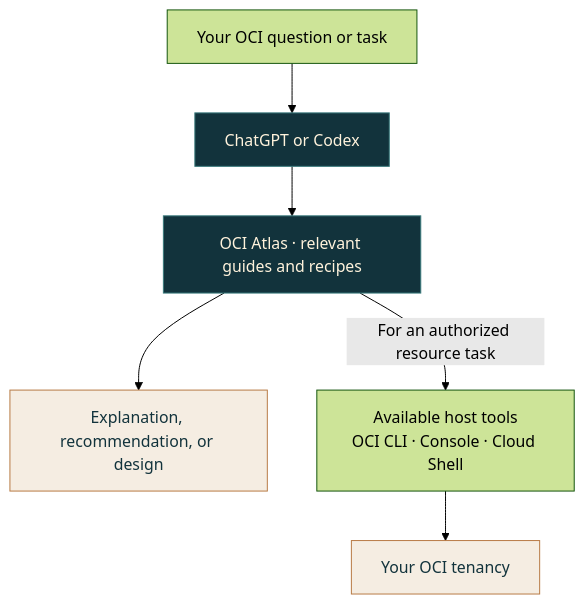
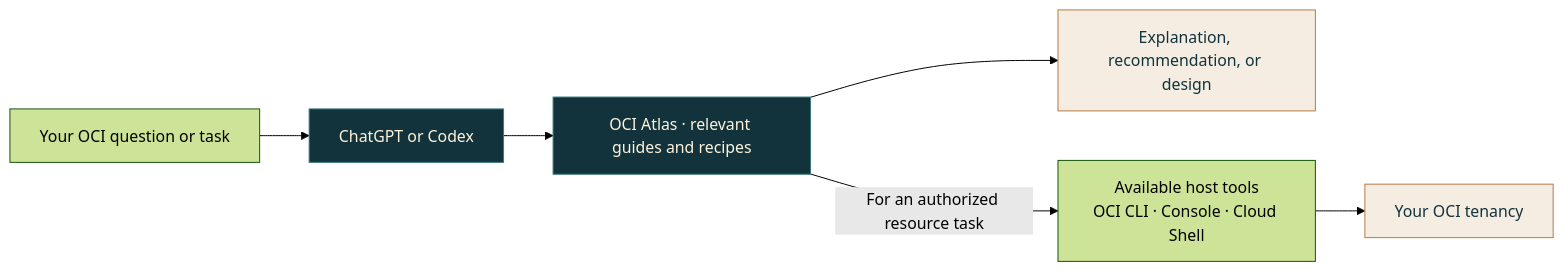
The first of 2 diagrams in README.md (subhanchaudry/oci-atlas), drawn with Mermaid (forest theme) before and after one commit. The commit also changed 3 other files, not shown here.

````diff
--- a/README.md
+++ b/README.md
@@ -22,12 +22,12 @@
 ```mermaid
-flowchart TD
+flowchart LR
     request["Your OCI question or task"] --> host["ChatGPT or Codex"]
     host --> atlas["OCI Atlas · relevant guides and recipes"]
     atlas --> answer["Explanation, recommendation, or design"]
     atlas -->|For an authorized resource task| tools["Available host tools<br/>OCI CLI · Console · Cloud Shell"]
     tools --> tenancy["Your OCI tenancy"]
     classDef context fill:#12333c,stroke:#397a7c,color:#fff3dc
     classDef result fill:#f5ede2,stroke:#b77a44,color:#12333c
     class host,atlas context
     class answer,tenancy result
 ```
````
